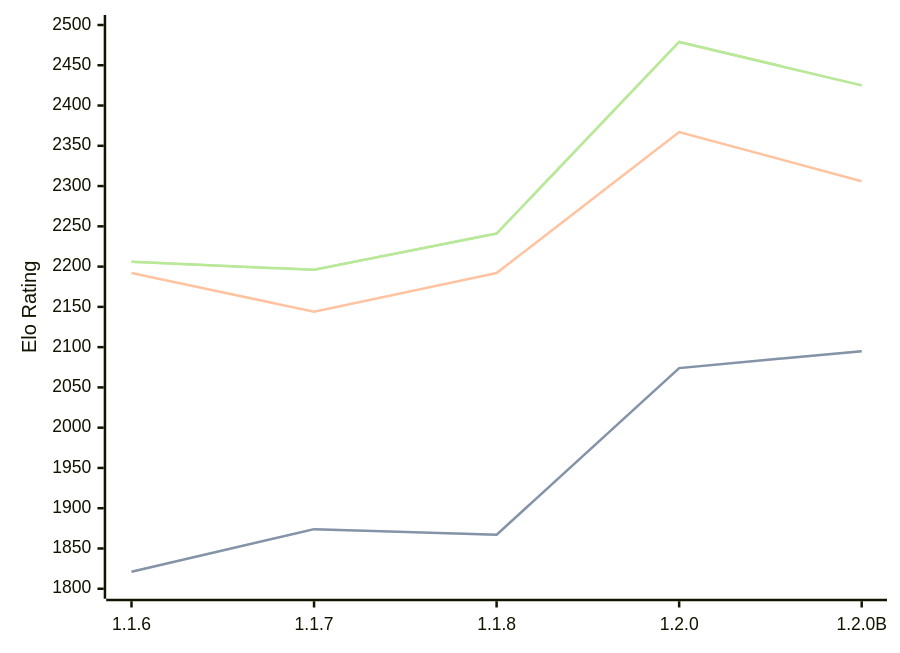
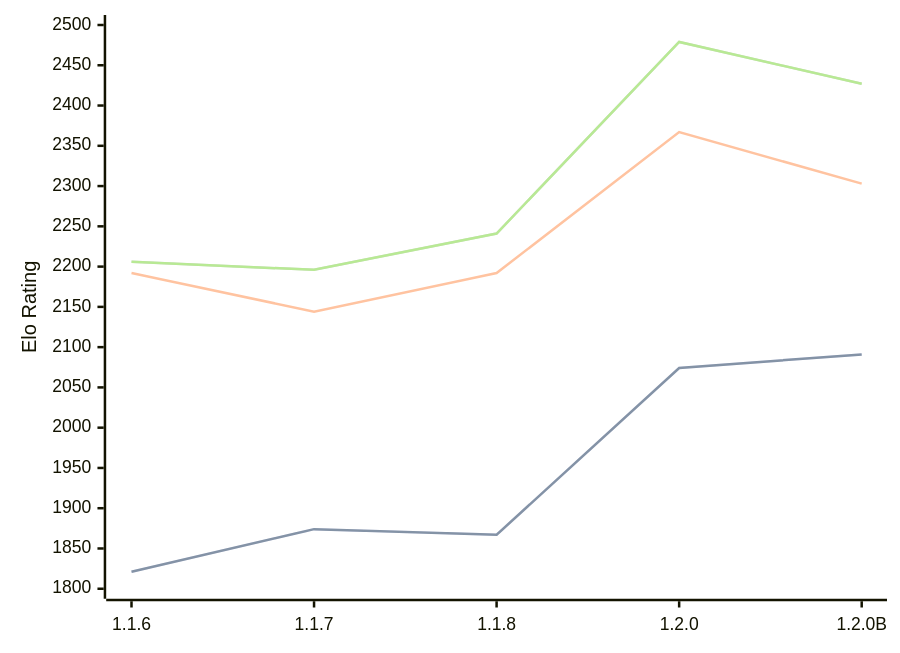
The diagram in engines/Soomi.md (computer-chess-index/cci), drawn with Mermaid before and after one commit. The commit also changed other lines of this file, not shown here.

Commit message:
Update CCI Ratings (ELO VLTC) - 2026-05-07

````diff
--- a/engines/Soomi.md
+++ b/engines/Soomi.md
@@ -35,11 +35,11 @@
 ```mermaid
 %%{init: {"theme":"base","themeVariables":{"seriesColors:['#a3a3a3','#222221','#faa371']}}}%%
 xychart-beta
   x-axis ["1.1.6", "1.1.7", "1.1.8", "1.2.0", "1.2.0B"]
   y-axis "Elo Rating" 1800 --> 2500
-  line "STC (8.0+0.08s)" [1821, 1874, 1867, 2074, 2095]
-  line "STC (8.0+0.08s)" [1821, 1874, 1867, 2074, 2095]
-  line "LTC (60.0+0.60s)" [2192, 2144, 2192, 2367, 2306]
-  line "VLTC (2m24s+1.12s)" [2206, 2196, 2241, 2479, 2425]
-  line "VLTC (2m24s+1.12s)" [2206, 2196, 2241, 2479, 2425]
+  line "STC (8.0+0.08s)" [1821, 1874, 1867, 2074, 2091]
+  line "STC (8.0+0.08s)" [1821, 1874, 1867, 2074, 2091]
+  line "LTC (60.0+0.60s)" [2192, 2144, 2192, 2367, 2303]
+  line "VLTC (2m24s+1.12s)" [2206, 2196, 2241, 2479, 2427]
+  line "VLTC (2m24s+1.12s)" [2206, 2196, 2241, 2479, 2427]
 ```
````
